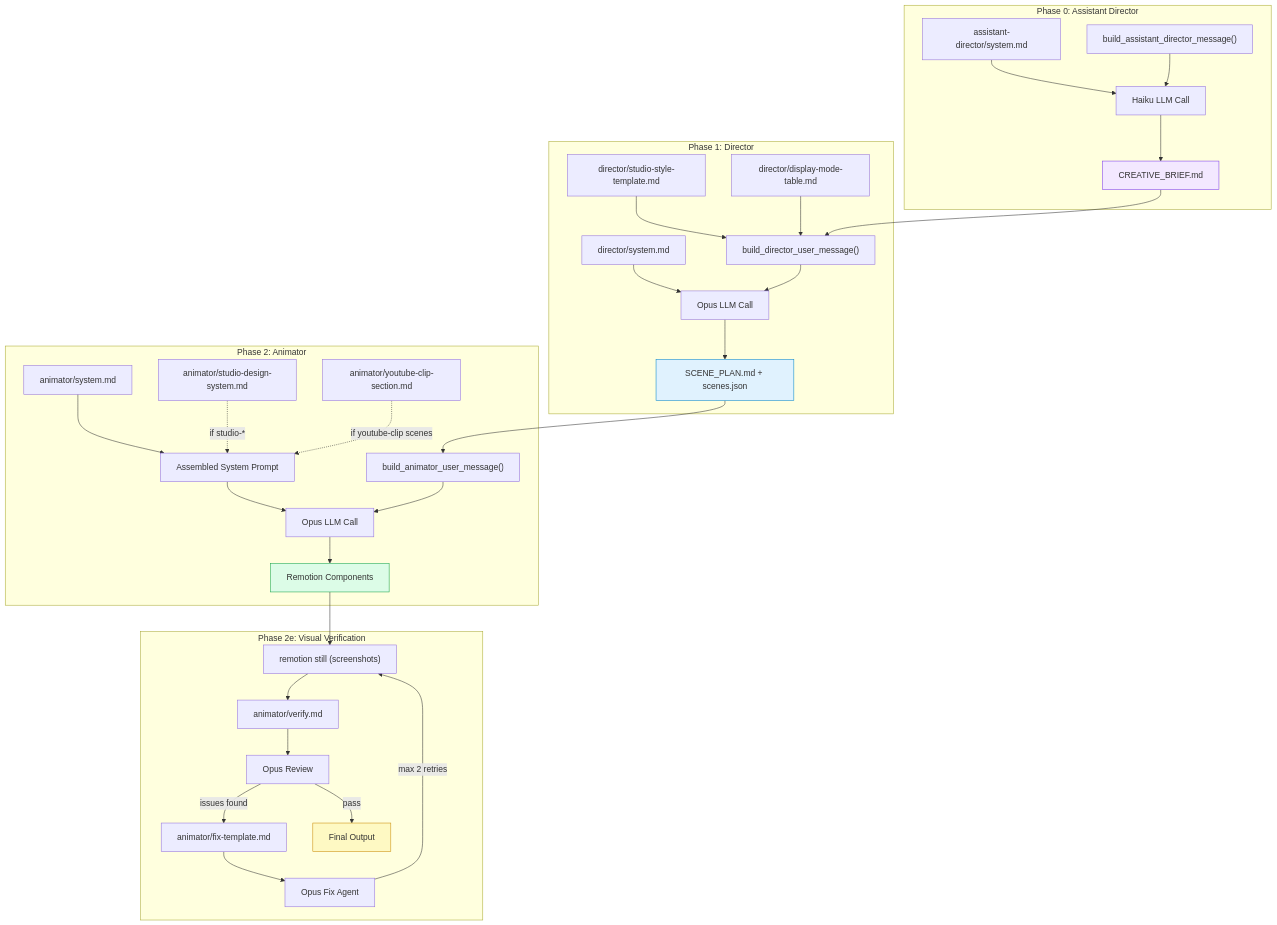
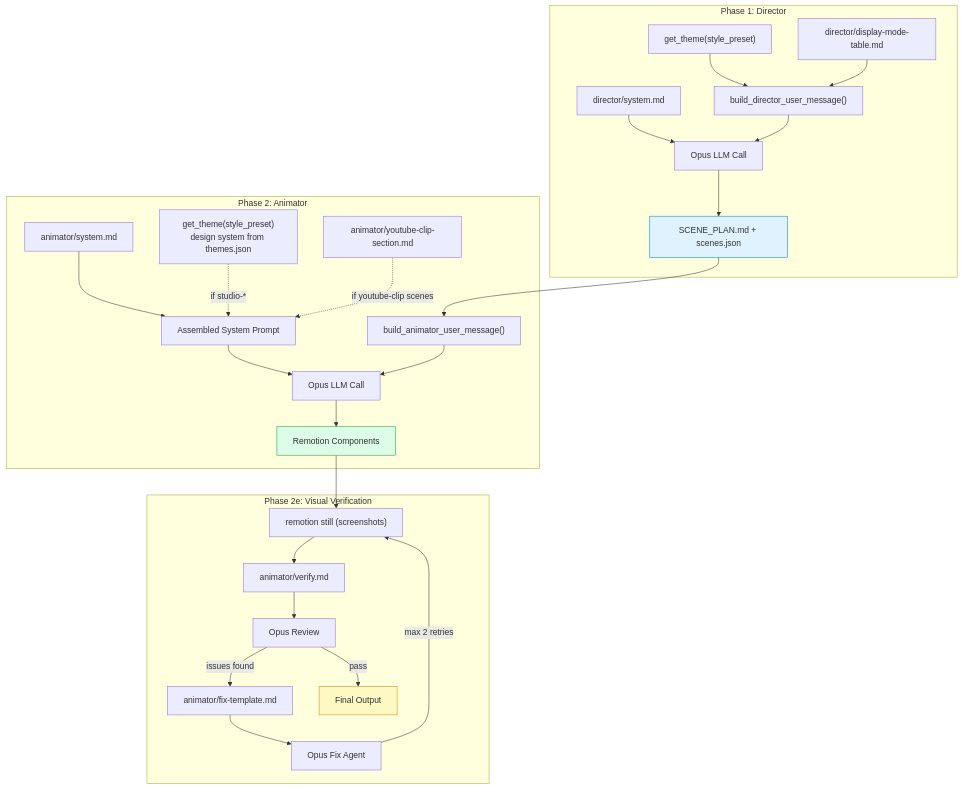
One commit to rhythmshandlya/viona changed the first of 6 diagrams in packages/worker/src/prompts/README.md. Above: the diagram before and after it, drawn with Mermaid. The commit also changed other lines of this file and 5 other files, not shown here.

````diff
--- a/packages/worker/src/prompts/README.md
+++ b/packages/worker/src/prompts/README.md
@@ -50,52 +49,42 @@
 ```mermaid
 graph TB
-    subgraph "Phase 0: Assistant Director"
-        AD_SYS["assistant-director/system.md"]
-        AD_USER["build_assistant_director_message()"]
-        AD_SYS --> AD_CALL["Haiku LLM Call"]
-        AD_USER --> AD_CALL
-        AD_CALL --> BRIEF["CREATIVE_BRIEF.md"]
-    end
-
     subgraph "Phase 1: Director"
         DIR_SYS["director/system.md"]
         DIR_USER["build_director_user_message()"]
-        DIR_STYLE["director/studio-style-template.md"]
+        DIR_STYLE["get_theme(style_preset)"]
         DIR_DISPLAY["director/display-mode-table.md"]
         DIR_STYLE --> DIR_USER
         DIR_DISPLAY --> DIR_USER
-        BRIEF --> DIR_USER
         DIR_SYS --> DIR_CALL["Opus LLM Call"]
         DIR_USER --> DIR_CALL
         DIR_CALL --> PLAN["SCENE_PLAN.md + scenes.json"]
     end
 
     subgraph "Phase 2: Animator"
         ANIM_SYS["animator/system.md"]
-        STUDIO["animator/studio-design-system.md"]
+        STUDIO["get_theme(style_preset)<br/>design system from themes.json"]
         YT_CLIP["animator/youtube-clip-section.md"]
         ANIM_USER["build_animator_user_message()"]
         PLAN --> ANIM_USER
         ANIM_SYS --> ANIM_PROMPT["Assembled System Prompt"]
         STUDIO -.->|"if studio-*"| ANIM_PROMPT
         YT_CLIP -.->|"if youtube-clip scenes"| ANIM_PROMPT
         ANIM_PROMPT --> ANIM_CALL["Opus LLM Call"]
         ANIM_USER --> ANIM_CALL
         ANIM_CALL --> CODE["Remotion Components"]
     end
 
     subgraph "Phase 2e: Visual Verification"
         CODE --> STILL["remotion still (screenshots)"]
         STILL --> VERIFY_SYS["animator/verify.md"]
         VERIFY_SYS --> VERIFY_CALL["Opus Review"]
         VERIFY_CALL -->|"issues found"| FIX_SYS["animator/fix-template.md"]
         FIX_SYS --> FIX_CALL["Opus Fix Agent"]
         FIX_CALL -->|"max 2 retries"| STILL
         VERIFY_CALL -->|"pass"| DONE["Final Output"]
     end
 
-    style BRIEF fill:#f3e8ff,stroke:#7c3aed
     style PLAN fill:#e0f2fe,stroke:#0284c7
     style CODE fill:#dcfce7,stroke:#16a34a
     style DONE fill:#fef9c3,stroke:#ca8a04
 ```
````
